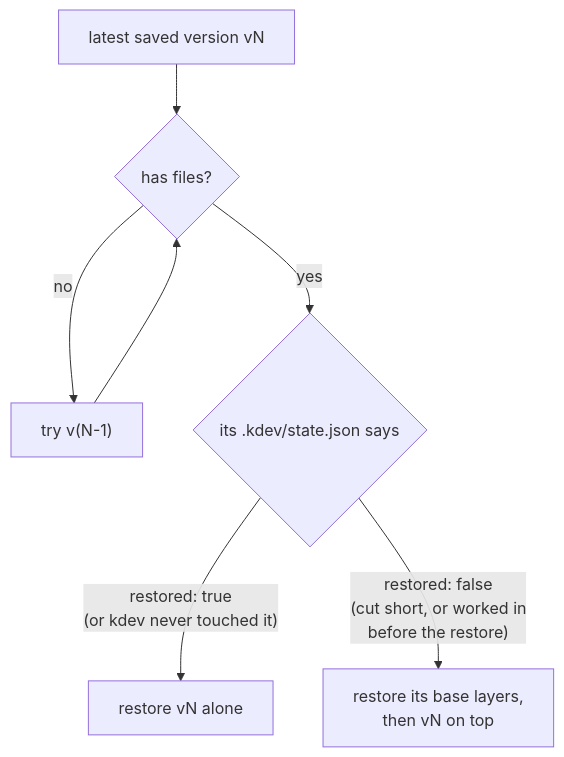
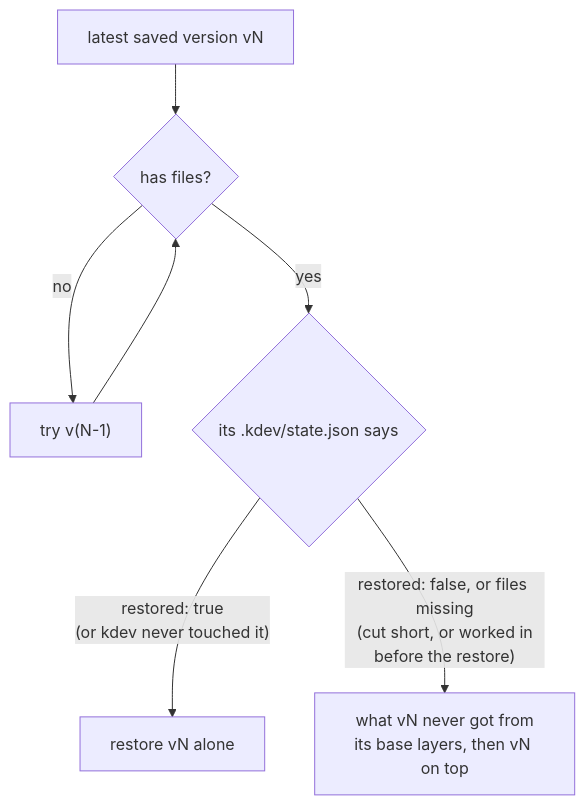
One commit to PandaHUN777/kdev changed the fourth of 6 diagrams in README.md. Above: the diagram before and after it, drawn with Mermaid. The commit also changed other lines of this file and 15 other files, not shown here.

````diff
--- a/README.md
+++ b/README.md
@@ -252,8 +253,8 @@
 ```mermaid
 flowchart TD
     start["latest saved version vN"] --> empty{"has files?"}
     empty -- no --> back["try v(N-1)"] --> empty
     empty -- yes --> state{"its .kdev/state.json says"}
     state -- "restored: true<br/>(or kdev never touched it)" --> one["restore vN alone"]
-    state -- "restored: false<br/>(cut short, or worked in<br/>before the restore)" --> stack["restore its base layers,<br/>then vN on top"]
+    state -- "restored: false, or files missing<br/>(cut short, or worked in<br/>before the restore)" --> stack["what vN never got from<br/>its base layers, then vN on top"]
 ```
````
